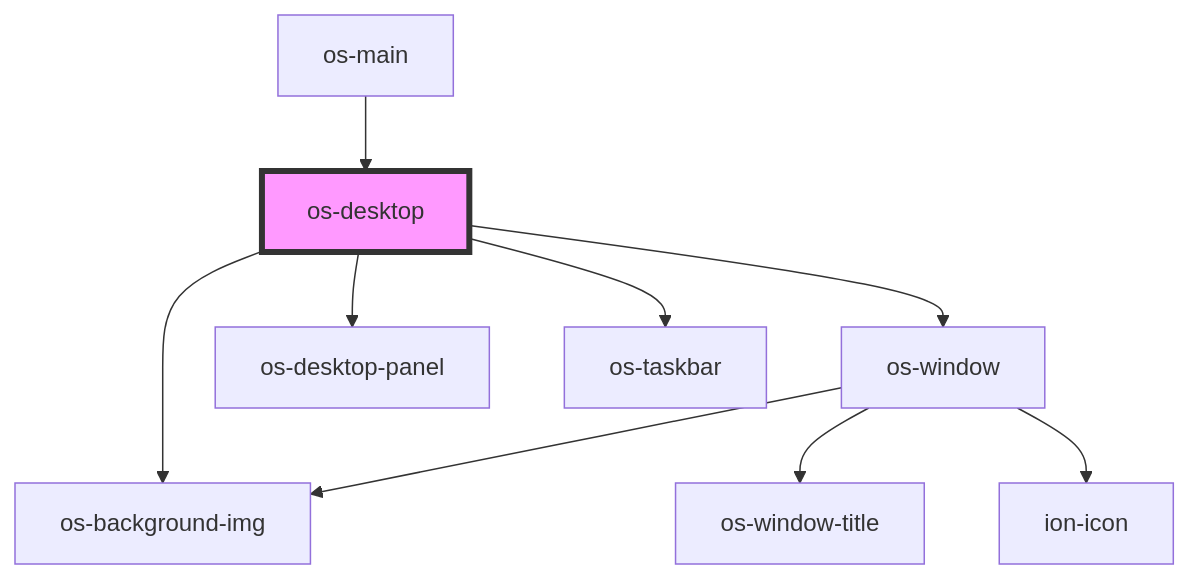
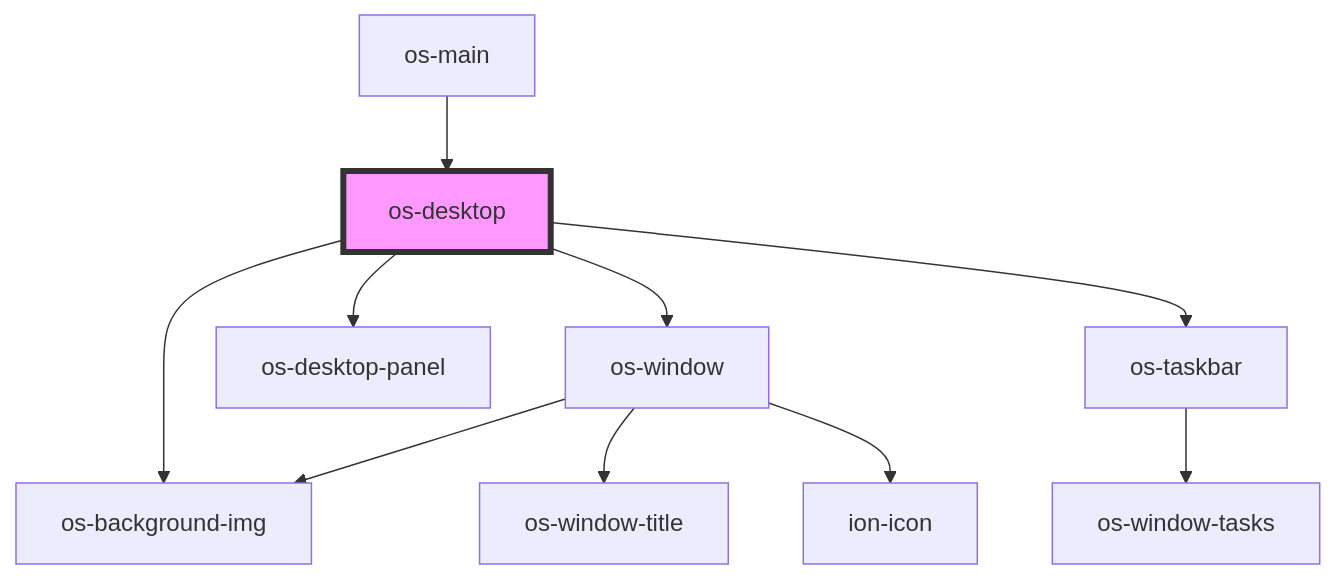
One commit to neko-chilyann/qx-os changed the diagram in src/components/os-desktop/readme.md. Above: the diagram before and after it, drawn with Mermaid. The commit also changed 15 other files, not shown here.

````diff
--- a/src/components/os-desktop/readme.md
+++ b/src/components/os-desktop/readme.md
@@ -29,12 +29,13 @@
 ```mermaid
 graph TD;
   os-desktop --> os-window
   os-desktop --> os-background-img
   os-desktop --> os-desktop-panel
   os-desktop --> os-taskbar
   os-window --> os-background-img
   os-window --> os-window-title
   os-window --> ion-icon
+  os-taskbar --> os-window-tasks
   os-main --> os-desktop
   style os-desktop fill:#f9f,stroke:#333,stroke-width:4px
 ```
````
